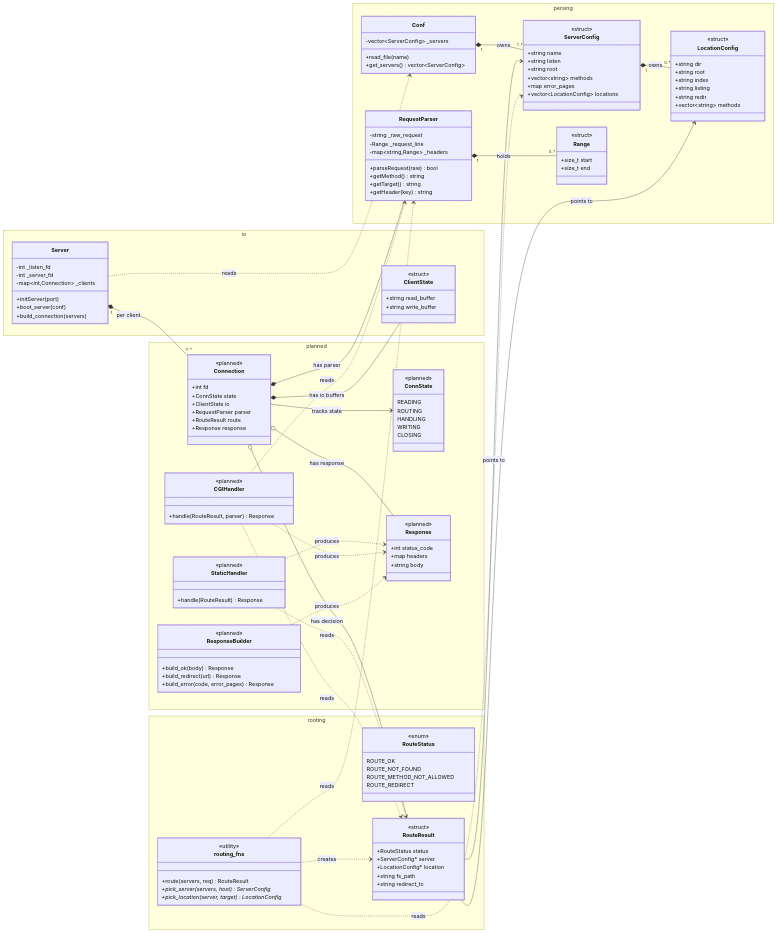
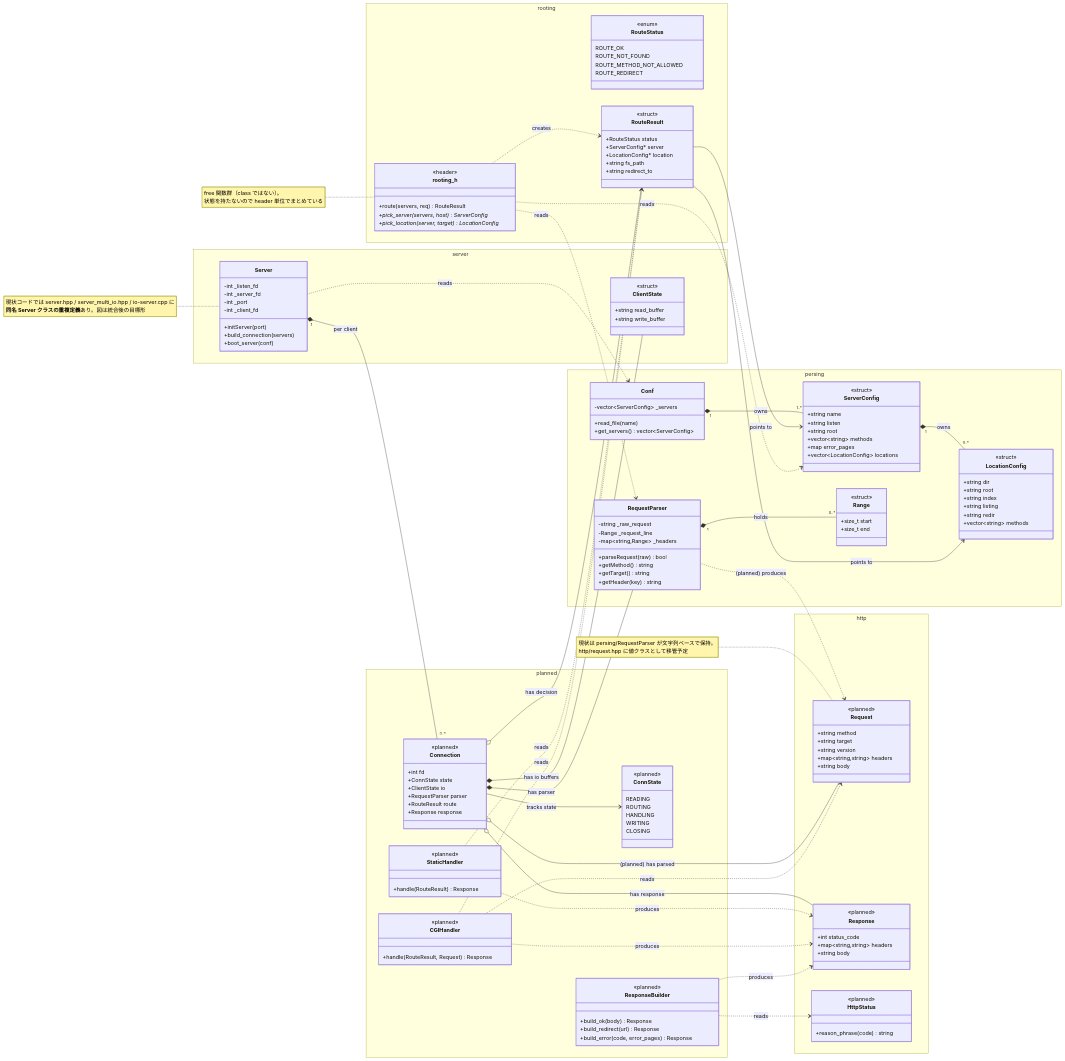
The second of 2 diagrams in docs/design.md (Hen00af/irc-platform), drawn with Mermaid before and after one commit. The commit also changed other lines of this file, not shown here.

````diff
--- a/docs/design.md
+++ b/docs/design.md
@@ -119,6 +123,27 @@
     }
   }
 
+  namespace http {
+    class Request {
+      <<planned>>
+      +string method
+      +string target
+      +string version
+      +map~string,string~ headers
+      +string body
+    }
+    class Response {
+      <<planned>>
+      +int status_code
+      +map~string,string~ headers
+      +string body
+    }
+    class HttpStatus {
+      <<planned>>
+      +reason_phrase(code) string
+    }
+  }
+
   namespace rooting {
     class RouteStatus {
       <<enum>>
@@ -135,22 +160,23 @@
       +string fs_path
       +string redirect_to
     }
-    class routing_fns {
-      <<utility>>
+    class rooting_h {
+      <<header>>
       +route(servers, req) RouteResult
       +pick_server(servers, host) ServerConfig*
       +pick_location(server, target) LocationConfig*
     }
   }
 
-  namespace io {
+  namespace server {
     class Server {
       -int _listen_fd
       -int _server_fd
-      -map~int,Connection~ _clients
+      -int _port
+      -int _client_fd
       +initServer(port)
+      +build_connection(servers)
       +boot_server(conf)
-      +build_connection(servers)
     }
     class ClientState {
       <<struct>>
@@ -183,19 +209,13 @@
     }
     class CGIHandler {
       <<planned>>
-      +handle(RouteResult, parser) Response
+      +handle(RouteResult, Request) Response
     }
     class ResponseBuilder {
       <<planned>>
       +build_ok(body) Response
       +build_redirect(url) Response
       +build_error(code, error_pages) Response
-    }
-    class Response {
-      <<planned>>
-      +int status_code
-      +map headers
-      +string body
     }
   }
 
@@ -209,18 +229,26 @@
   Connection *-- RequestParser : has parser
   Connection o-- RouteResult : has decision
   Connection o-- Response : has response
+  Connection o-- Request : (planned) has parsed
   Connection --> ConnState : tracks state
+
+  RequestParser ..> Request : (planned) produces
 
   RouteResult --> ServerConfig : points to
   RouteResult --> LocationConfig : points to
-  routing_fns ..> RequestParser : reads
-  routing_fns ..> ServerConfig : reads
-  routing_fns ..> RouteResult : creates
+  rooting_h ..> RequestParser : reads
+  rooting_h ..> ServerConfig : reads
+  rooting_h ..> RouteResult : creates
 
   StaticHandler ..> RouteResult : reads
   StaticHandler ..> Response : produces
   CGIHandler ..> RouteResult : reads
-  CGIHandler ..> RequestParser : reads
+  CGIHandler ..> Request : reads
   CGIHandler ..> Response : produces
   ResponseBuilder ..> Response : produces
+  ResponseBuilder ..> HttpStatus : reads
+
+  note for rooting_h "free 関数群（class ではない）。<br/>状態を持たないので header 単位でまとめている"
+  note for Server "現状コードでは server.hpp / server_multi_io.hpp / io-server.cpp に<br/>**同名 Server クラスの重複定義**あり。図は統合後の目標形"
+  note for Request "現状は persing/RequestParser が文字列ベースで保持。<br/>http/request.hpp に値クラスとして移管予定"
 ```
````
